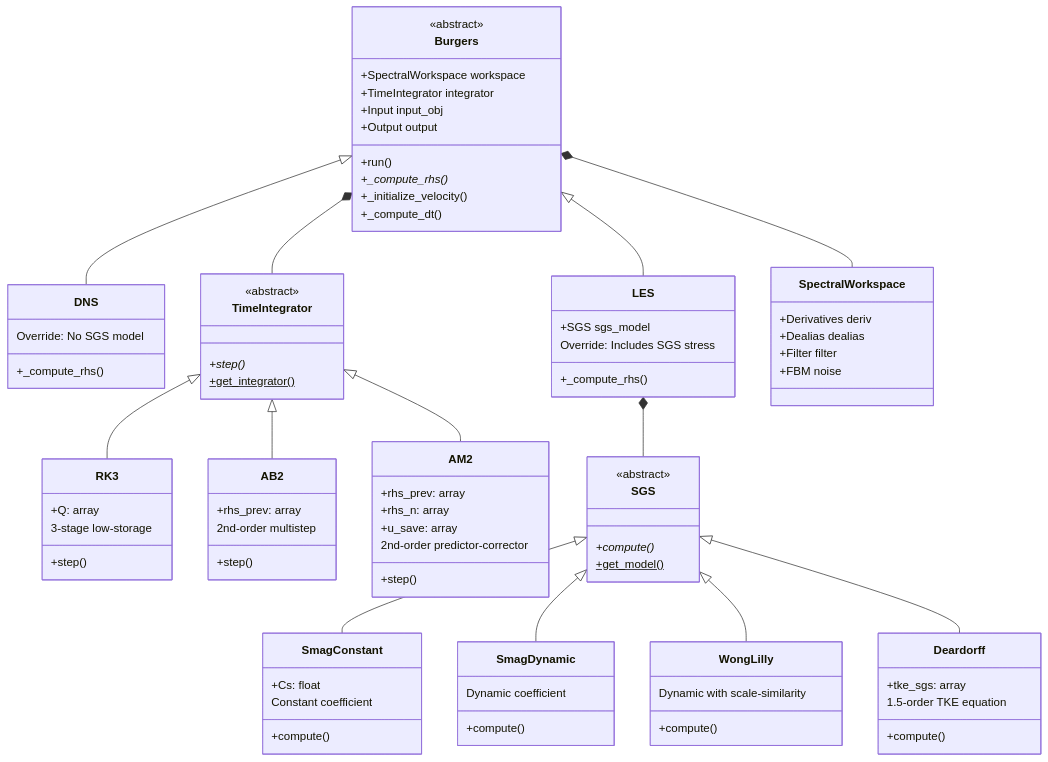
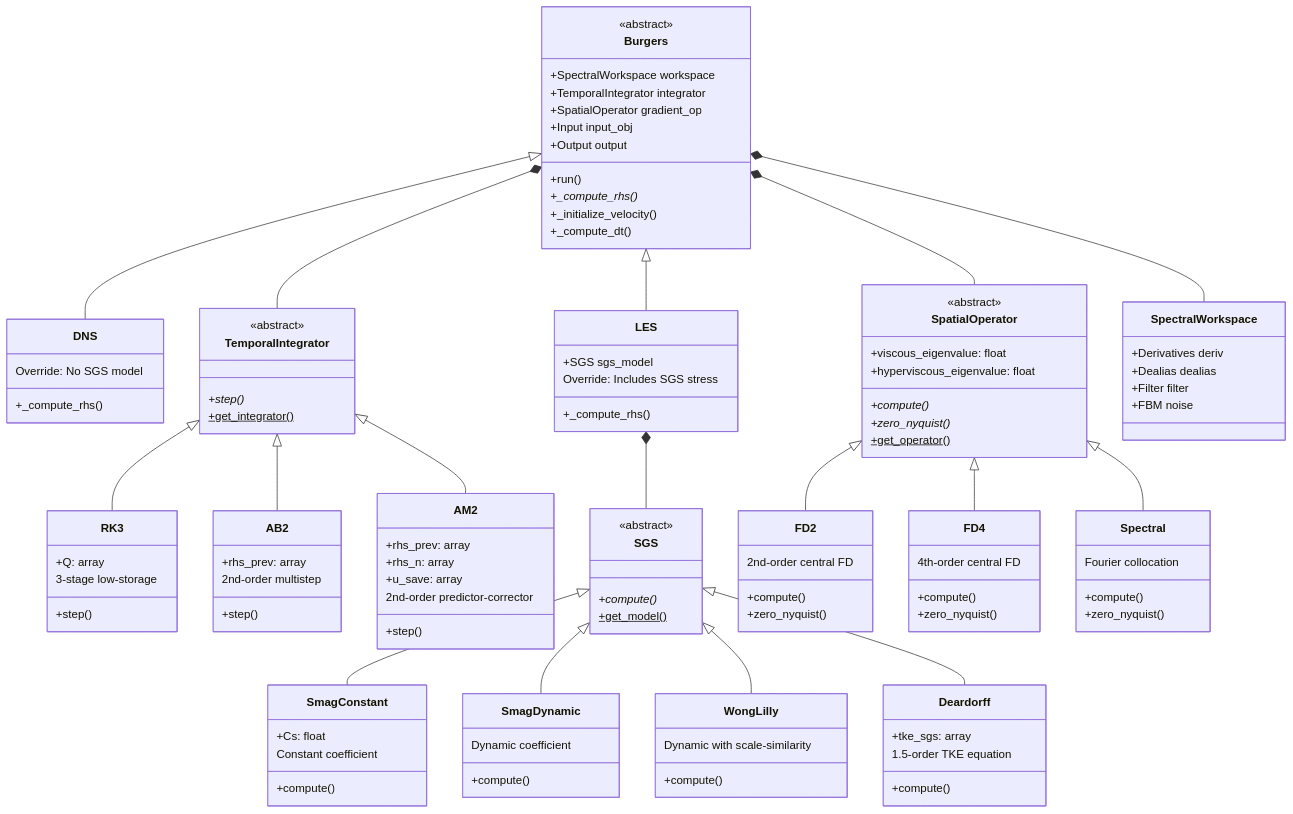
One commit to jeremygibbs/pyburgers changed the fourth of 7 diagrams in docs/architecture.md. Above: the diagram before and after it, drawn with Mermaid. The commit also changed other lines of this file and 12 other files, not shown here.

```diff
--- a/docs/architecture.md
+++ b/docs/architecture.md
@@ -176,7 +186,8 @@
     class Burgers {
         <<abstract>>
         +SpectralWorkspace workspace
-        +TimeIntegrator integrator
+        +TemporalIntegrator integrator
+        +SpatialOperator gradient_op
         +Input input_obj
         +Output output
         +run()
@@ -196,7 +207,7 @@
         Override: Includes SGS stress
     }
 
-    class TimeIntegrator {
+    class TemporalIntegrator {
         <<abstract>>
         +step()*
         +get_integrator()$
@@ -250,6 +261,33 @@
         1.5-order TKE equation
     }
 
+    class SpatialOperator {
+        <<abstract>>
+        +viscous_eigenvalue: float
+        +hyperviscous_eigenvalue: float
+        +compute()*
+        +zero_nyquist()*
+        +get_operator()$
+    }
+
+    class FD2 {
+        +compute()
+        +zero_nyquist()
+        2nd-order central FD
+    }
+
+    class FD4 {
+        +compute()
+        +zero_nyquist()
+        4th-order central FD
+    }
+
+    class Spectral {
+        +compute()
+        +zero_nyquist()
+        Fourier collocation
+    }
+
     class SpectralWorkspace {
         +Derivatives deriv
         +Dealias dealias
@@ -260,10 +298,14 @@
     Burgers <|-- DNS
     Burgers <|-- LES
     Burgers *-- SpectralWorkspace
-    Burgers *-- TimeIntegrator
-    TimeIntegrator <|-- AB2
-    TimeIntegrator <|-- AM2
-    TimeIntegrator <|-- RK3
+    Burgers *-- TemporalIntegrator
+    Burgers *-- SpatialOperator
+    TemporalIntegrator <|-- AB2
+    TemporalIntegrator <|-- AM2
+    TemporalIntegrator <|-- RK3
+    SpatialOperator <|-- FD2
+    SpatialOperator <|-- FD4
+    SpatialOperator <|-- Spectral
     LES *-- SGS
     SGS <|-- SmagConstant
     SGS <|-- SmagDynamic
```
